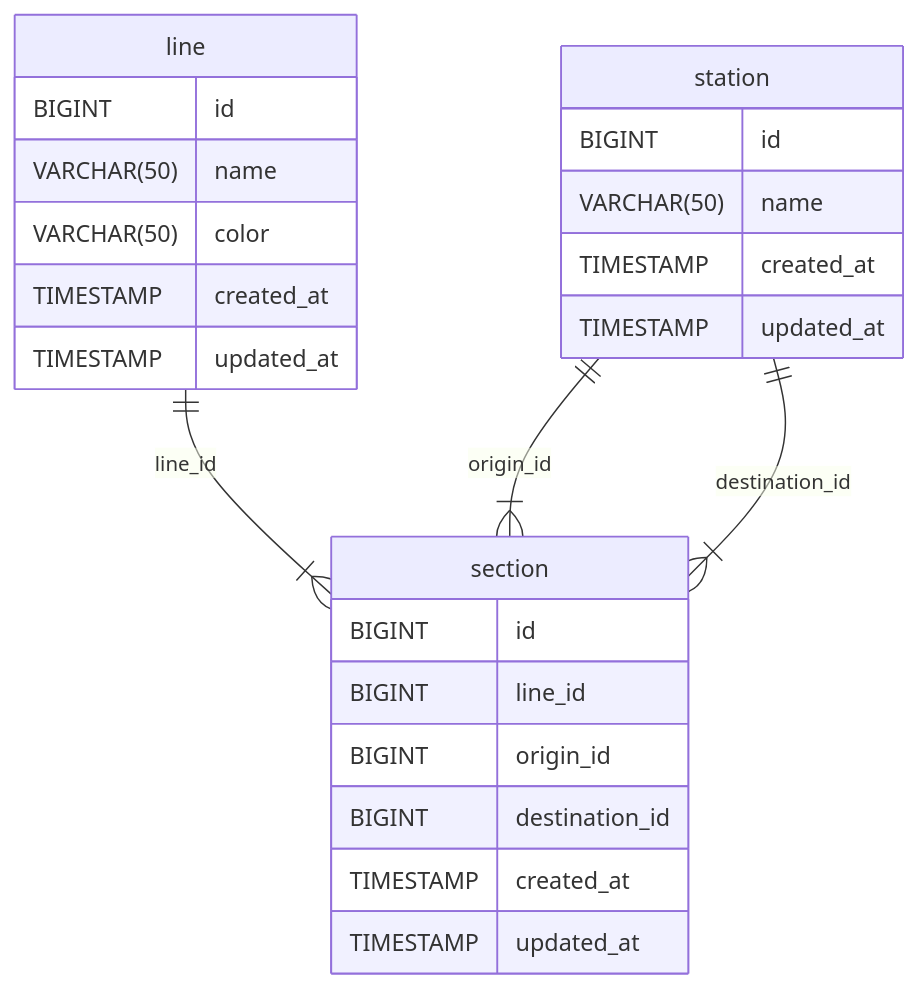
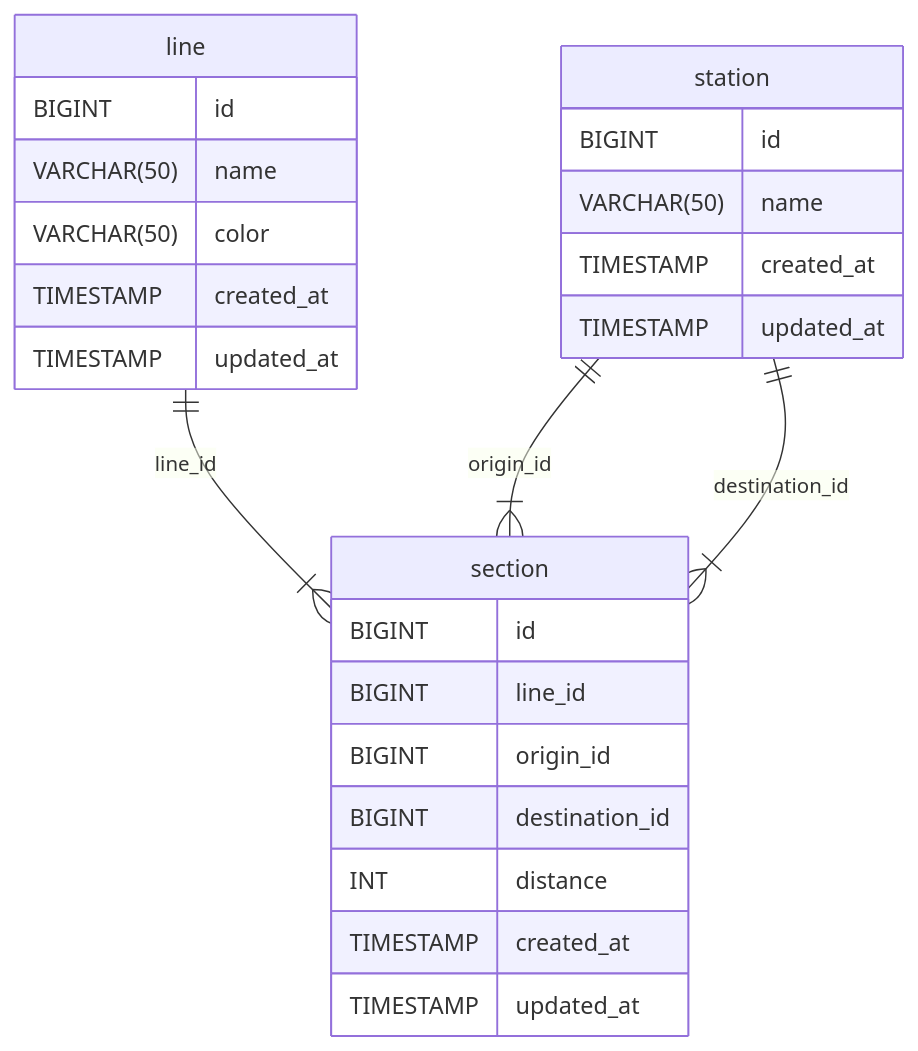
The diagram in README.md (woowacourse/jwp-subway-path), drawn with Mermaid before and after one commit. The commit also changed 1 other file, not shown here.

Commit message:
docs: section DB 테이블 칼럼 추가

````diff
--- a/README.md
+++ b/README.md
@@ -250,28 +250,29 @@
 ```mermaid
 erDiagram
     line ||--|{ section : line_id
     line {
         BIGINT id
         VARCHAR(50) name
         VARCHAR(50) color
         TIMESTAMP created_at
         TIMESTAMP updated_at
     }
     station ||--|{ section : origin_id
     station ||--|{ section : destination_id
     station {
         BIGINT id
         VARCHAR(50) name
         TIMESTAMP created_at
         TIMESTAMP updated_at
     }
 
     section {
         BIGINT id
         BIGINT line_id
         BIGINT origin_id
         BIGINT destination_id
+        INT distance
         TIMESTAMP created_at
         TIMESTAMP updated_at
     }
 ```
````
